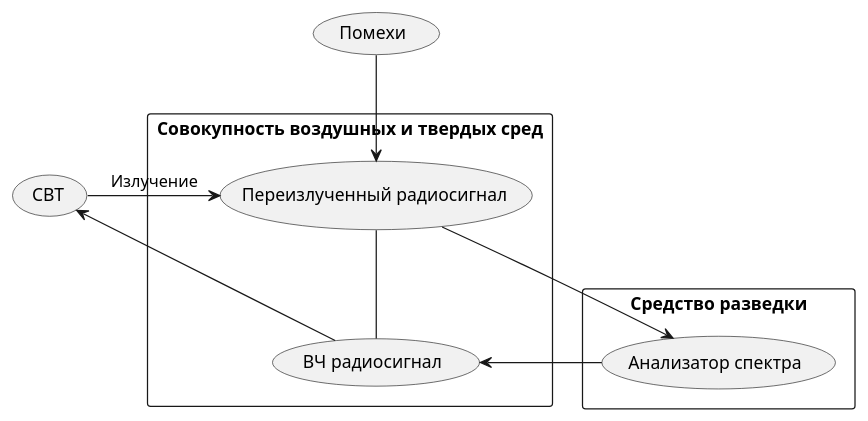
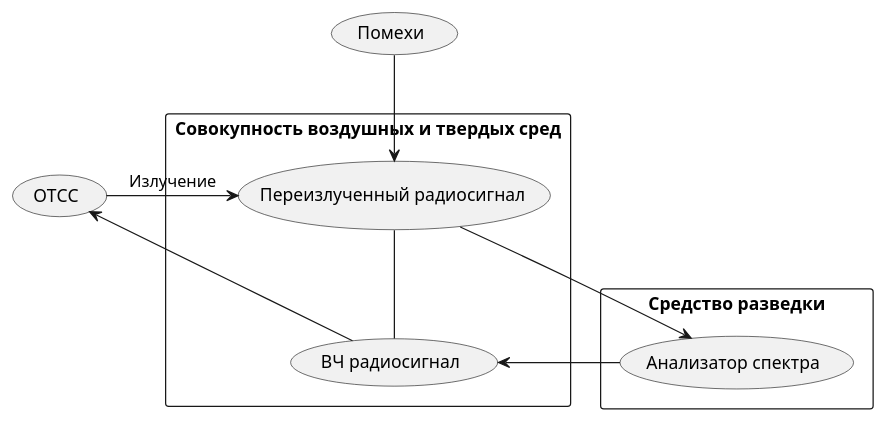
Before and after one commit to almkuznetsov/bmstu-kb: the diagram in Заметки/ВЧО.md, drawn with PlantUML. The commit also changed 15 other files, not shown here.

````diff
--- a/Заметки/ВЧО.md
+++ b/Заметки/ВЧО.md
@@ -7,19 +7,19 @@
 ```plantuml
 @startuml
-usecase "СВТ" as SVT
+usecase "ОТСС" as OTCC
 rectangle "Совокупность воздушных и твердых сред" {
     usecase "Переизлученный радиосигнал" as Signal
-    usecase "ВЧ радиосигнал" as E
+    usecase "ВЧ радиосигнал" as VCH
 }
-Signal -down- E
-SVT -right-> (Signal) : Излучение
+Signal -down- VCH
+OTCC -right-> (Signal) : Излучение
 rectangle "Средство разведки" {
-usecase "Анализатор спектра" as D
+usecase "Анализатор спектра" as AS
 }
-Signal -right-> D
-usecase "Помехи" as F
-F -down-> Signal
-D -left-> E
-E -left-> SVT
+Signal -right-> AS
+usecase "Помехи" as Pomehi
+Pomehi -down-> Signal
+AS -left-> VCH
+VCH -left-> OTCC
 @enduml
 ```
````
